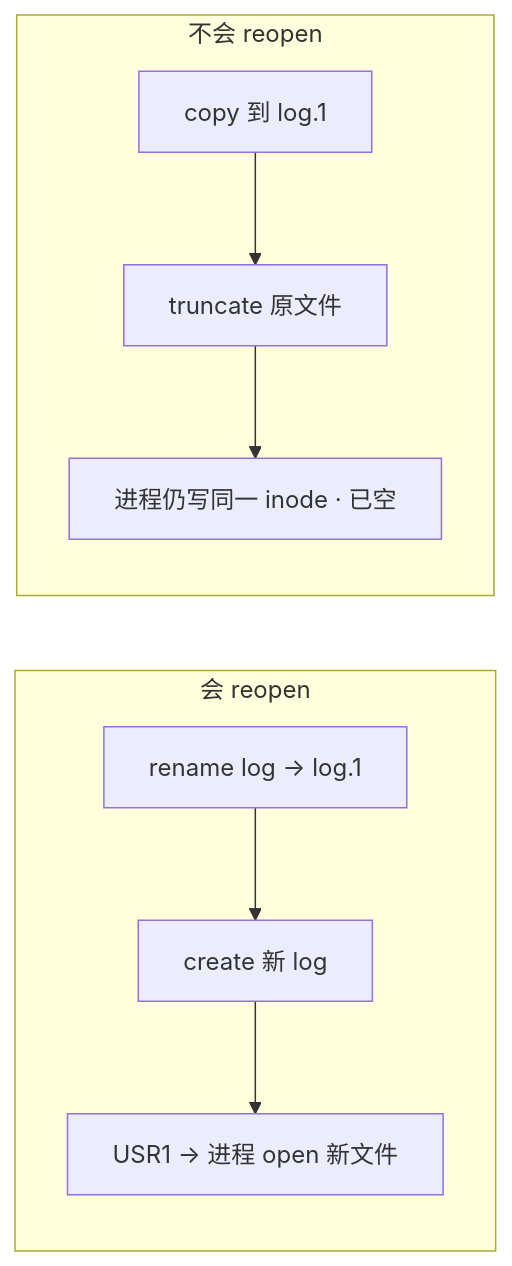
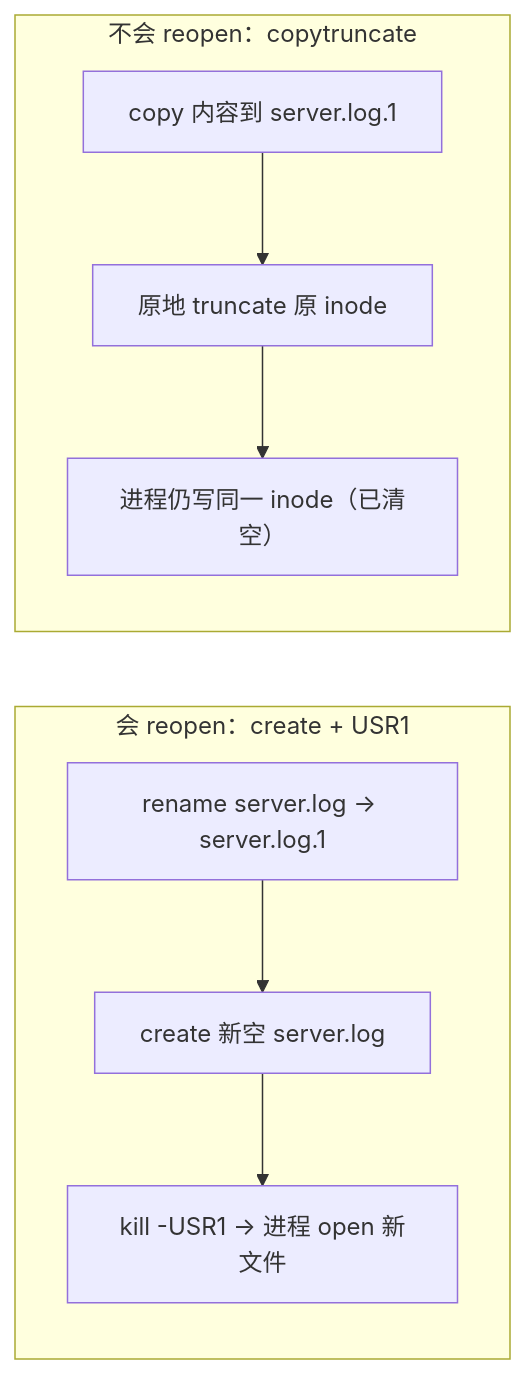
The second of 4 diagrams in 01-基础底座/23-日志运维/知识点.md (ml-cuizijun/LearnToLilith), drawn with Mermaid before and after one commit. The commit also changed other lines of this file and 470 other files, not shown here.

````diff
--- a/01-基础底座/23-日志运维/知识点.md
+++ b/01-基础底座/23-日志运维/知识点.md
@@ -462,11 +140,11 @@
 ```mermaid
 flowchart LR
-    subgraph OK["会 reopen"]
-        R1["rename log → log.1"] --> R2["create 新 log"]
-        R2 --> R3["USR1 → 进程 open 新文件"]
+    subgraph ok["会 reopen：create + USR1"]
+        A["rename server.log → server.log.1"] --> B["create 新空 server.log"]
+        B --> C["kill -USR1 → 进程 open 新文件"]
     end
-    subgraph CT["不会 reopen"]
-        C1["copy 到 log.1"] --> C2["truncate 原文件"]
-        C2 --> C3["进程仍写同一 inode · 已空"]
+    subgraph ct["不会 reopen：copytruncate"]
+        D["copy 内容到 server.log.1"] --> E["原地 truncate 原 inode"]
+        E --> F["进程仍写同一 inode（已清空）"]
     end
 ```
````
